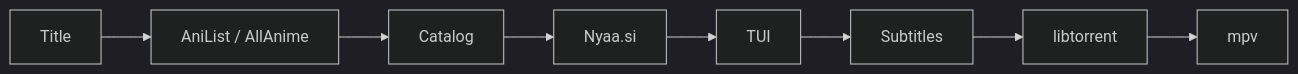
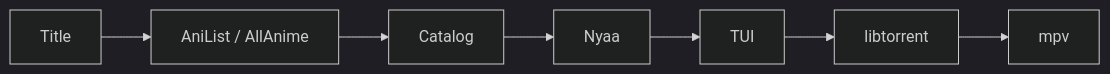
Before and after one commit to CloudDown/annie: the diagram in README.md, drawn with Mermaid (dark theme). The commit also changed other lines of this file and 10 other files, not shown here.

````diff
--- a/README.md
+++ b/README.md
@@ -309,10 +214,9 @@
 ```mermaid
 flowchart LR
     A[Title] --> B[AniList / AllAnime]
     B --> C[Catalog]
-    C --> D[Nyaa.si]
+    C --> D[Nyaa]
     D --> E[TUI]
-    E --> F[Subtitles]
-    F --> G[libtorrent]
-    G --> H[mpv]
+    E --> F[libtorrent]
+    F --> G[mpv]
 ```
````
